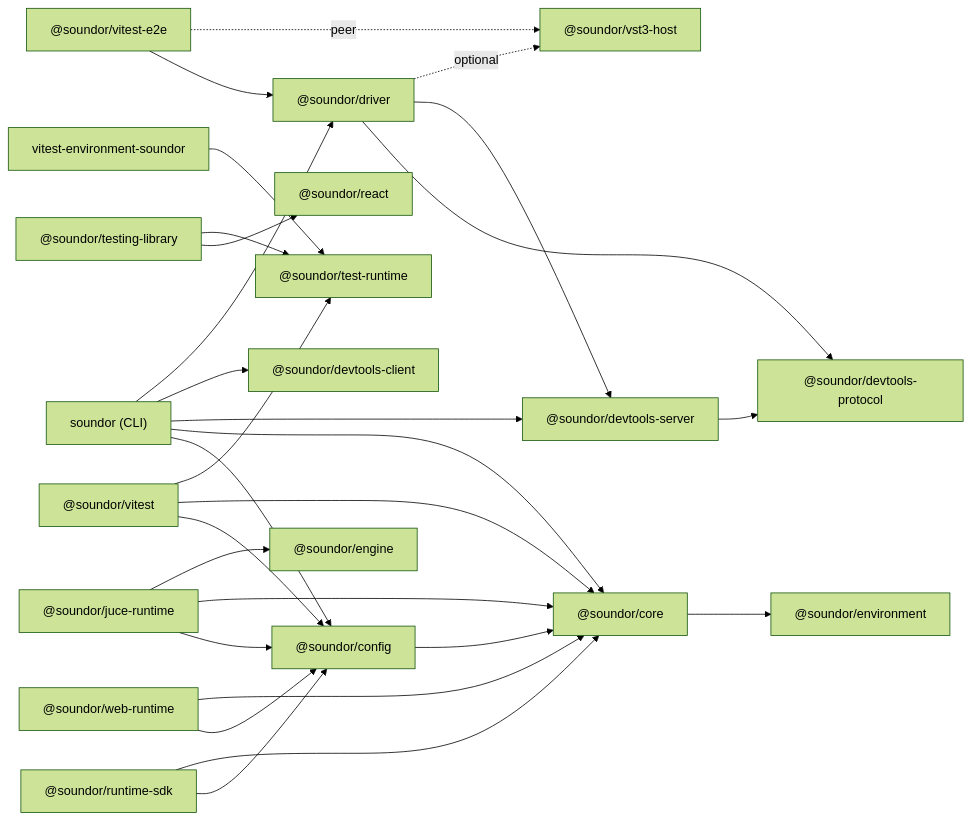
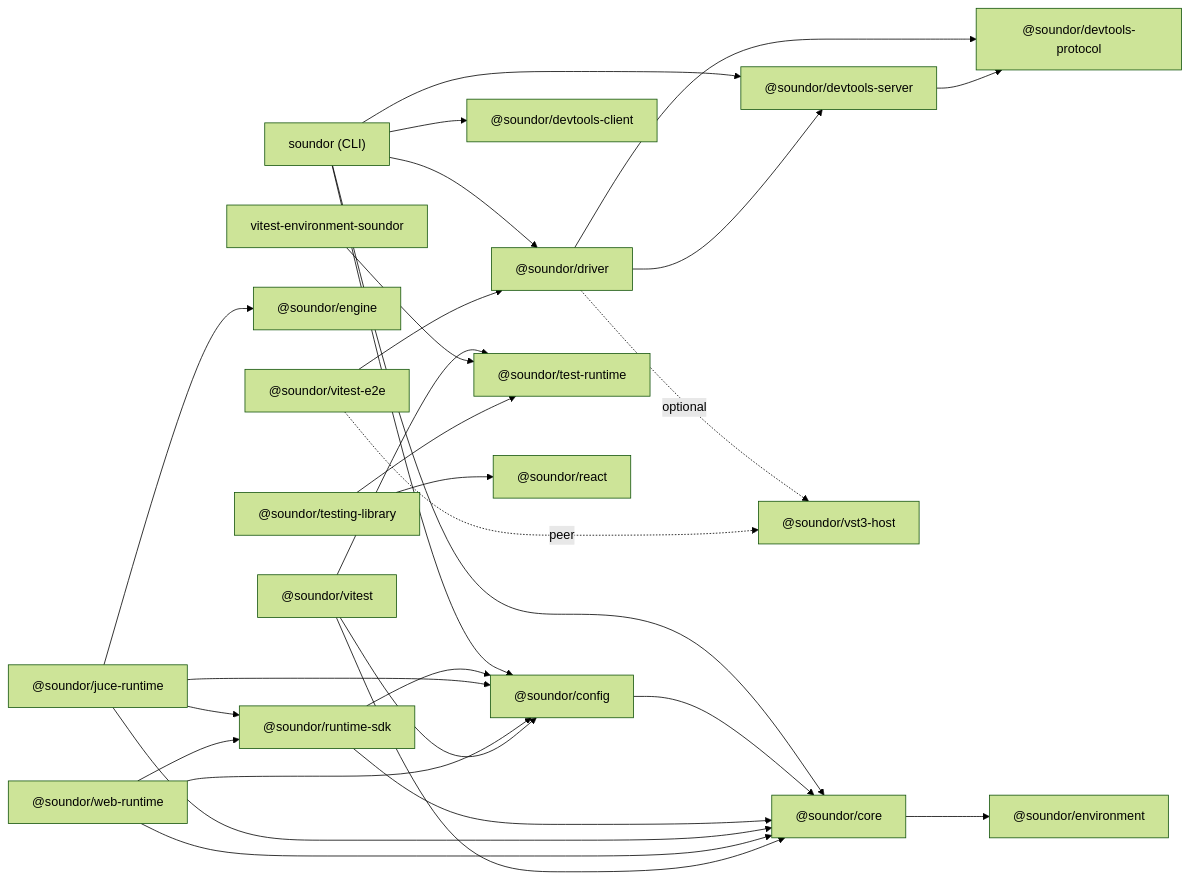
One commit to soundor/soundor changed the diagram in apps/website/content/docs/contribute/packages.md. Above: the diagram before and after it, drawn with Mermaid (forest theme). The commit also changed other lines of this file and 55 other files, not shown here.

````diff
--- a/apps/website/content/docs/contribute/packages.md
+++ b/apps/website/content/docs/contribute/packages.md
@@ -25,29 +25,31 @@
 ```mermaid
 flowchart LR
     cli["soundor (CLI)"] --> config["@soundor/config"]
     cli --> core["@soundor/core"]
     cli --> dtserver["@soundor/devtools-server"]
     cli --> dtclient["@soundor/devtools-client"]
     cli --> driver["@soundor/driver"]
     driver --> dtprotocol
     driver --> dtserver
     driver -. optional .-> host["@soundor/vst3-host"]
     dtserver --> dtprotocol["@soundor/devtools-protocol"]
     config --> core
     core --> environment["@soundor/environment"]
     sdk["@soundor/runtime-sdk"] --> config
     sdk --> core
-    juce["@soundor/juce-runtime"] --> config
+    juce["@soundor/juce-runtime"] --> sdk
+    juce --> config
     juce --> core
     juce --> engine["@soundor/engine"]
-    web["@soundor/web-runtime"] --> config
+    web["@soundor/web-runtime"] --> sdk
+    web --> config
     web --> core
     vitest["@soundor/vitest"] --> config
     vitest --> core
     vitest --> testruntime["@soundor/test-runtime"]
     env["vitest-environment-soundor"] --> testruntime
     e2e["@soundor/vitest-e2e"] --> driver
     e2e -. peer .-> host
     tl["@soundor/testing-library"] --> react["@soundor/react"]
     tl --> testruntime
 ```
````
